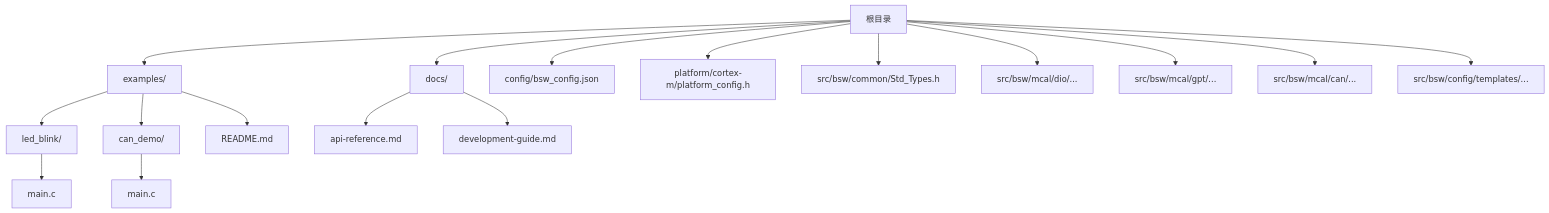
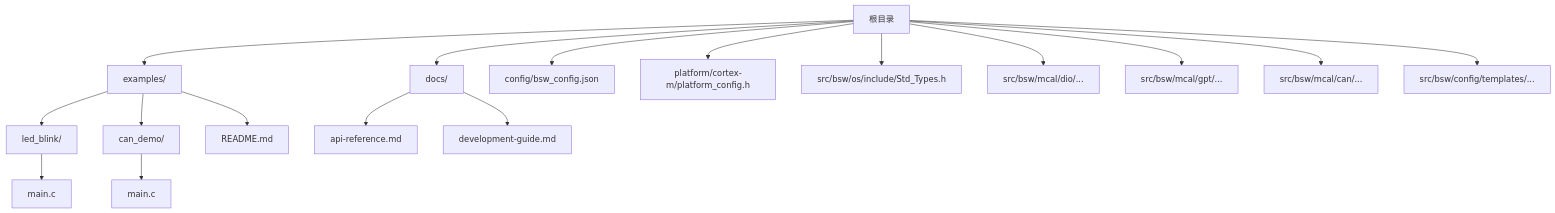
Before and after one commit to frisky1985/yuleASR: the first of 5 diagrams in .qoder/repowiki/zh/content/示例与教程/示例与教程.md, drawn with Mermaid. The commit also changed other lines of this file and 191 other files, not shown here.

````diff
--- a/.qoder/repowiki/zh/content/示例与教程/示例与教程.md
+++ b/.qoder/repowiki/zh/content/示例与教程/示例与教程.md
@@ -46,19 +46,19 @@
 ```mermaid
 graph TB
 A["根目录"] --> B["examples/"]
 B --> B1["led_blink/"]
 B1 --> B1a["main.c"]
 B --> B2["can_demo/"]
 B2 --> B2a["main.c"]
 B --> B3["README.md"]
 A --> C["docs/"]
 C --> C1["api-reference.md"]
 C --> C2["development-guide.md"]
 A --> D["config/bsw_config.json"]
 A --> E["platform/cortex-m/platform_config.h"]
-A --> F["src/bsw/common/Std_Types.h"]
+A --> F["src/bsw/os/include/Std_Types.h"]
 A --> G["src/bsw/mcal/dio/..."]
 A --> H["src/bsw/mcal/gpt/..."]
 A --> I["src/bsw/mcal/can/..."]
 A --> J["src/bsw/config/templates/..."]
 ```
````
